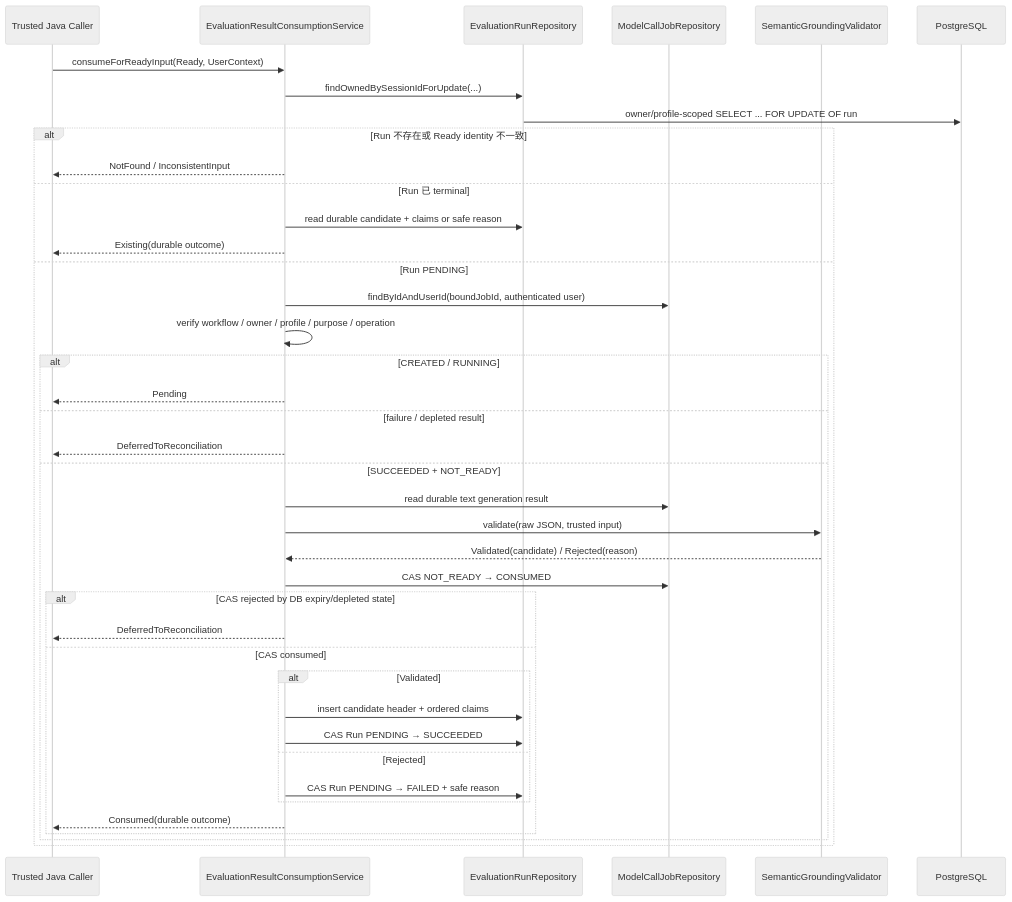
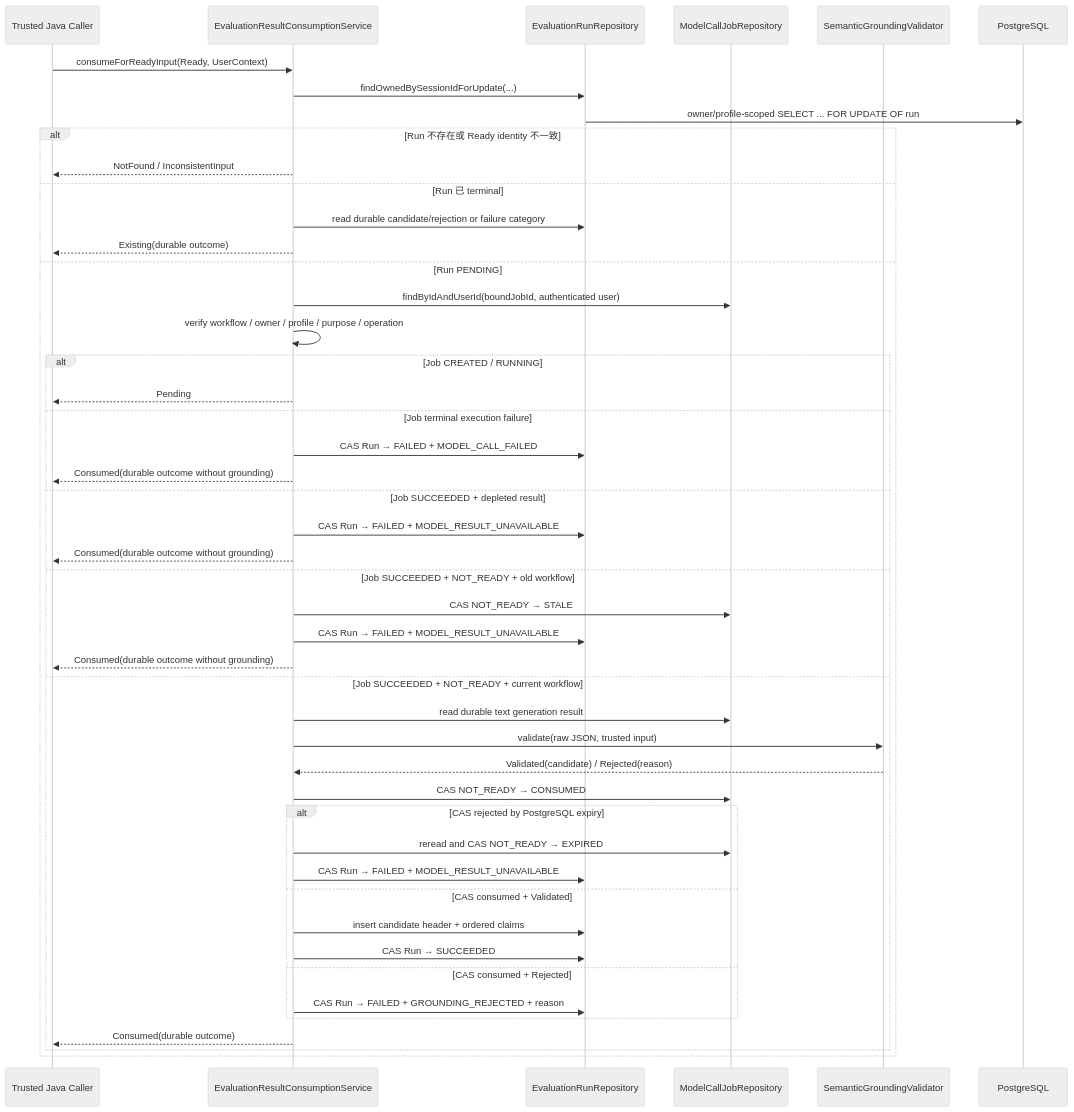
Before and after one commit to AnnnaSun/DailyLanguage: the diagram in docs/flow/evaluation-result-consumption.md, drawn with Mermaid (neutral theme). The commit also changed other lines of this file and 24 other files, not shown here.

````diff
--- a/docs/flow/evaluation-result-consumption.md
+++ b/docs/flow/evaluation-result-consumption.md
@@ -25,43 +29,50 @@
 ```mermaid
 sequenceDiagram
     participant Caller as Trusted Java Caller
     participant Service as EvaluationResultConsumptionService
     participant RunRepo as EvaluationRunRepository
     participant JobRepo as ModelCallJobRepository
     participant Validator as SemanticGroundingValidator
     participant DB as PostgreSQL
 
     Caller->>Service: consumeForReadyInput(Ready, UserContext)
     Service->>RunRepo: findOwnedBySessionIdForUpdate(...)
     RunRepo->>DB: owner/profile-scoped SELECT ... FOR UPDATE OF run
     alt Run 不存在或 Ready identity 不一致
         Service-->>Caller: NotFound / InconsistentInput
     else Run 已 terminal
-        Service->>RunRepo: read durable candidate + claims or safe reason
+        Service->>RunRepo: read durable candidate/rejection or failure category
         Service-->>Caller: Existing(durable outcome)
     else Run PENDING
         Service->>JobRepo: findByIdAndUserId(boundJobId, authenticated user)
         Service->>Service: verify workflow / owner / profile / purpose / operation
-        alt CREATED / RUNNING
+        alt Job CREATED / RUNNING
             Service-->>Caller: Pending
-        else failure / depleted result
-            Service-->>Caller: DeferredToReconciliation
-        else SUCCEEDED + NOT_READY
+        else Job terminal execution failure
+            Service->>RunRepo: CAS Run → FAILED + MODEL_CALL_FAILED
+            Service-->>Caller: Consumed(durable outcome without grounding)
+        else Job SUCCEEDED + depleted result
+            Service->>RunRepo: CAS Run → FAILED + MODEL_RESULT_UNAVAILABLE
+            Service-->>Caller: Consumed(durable outcome without grounding)
+        else Job SUCCEEDED + NOT_READY + old workflow
+            Service->>JobRepo: CAS NOT_READY → STALE
+            Service->>RunRepo: CAS Run → FAILED + MODEL_RESULT_UNAVAILABLE
+            Service-->>Caller: Consumed(durable outcome without grounding)
+        else Job SUCCEEDED + NOT_READY + current workflow
             Service->>JobRepo: read durable text generation result
             Service->>Validator: validate(raw JSON, trusted input)
             Validator-->>Service: Validated(candidate) / Rejected(reason)
             Service->>JobRepo: CAS NOT_READY → CONSUMED
-            alt CAS rejected by DB expiry/depleted state
-                Service-->>Caller: DeferredToReconciliation
-            else CAS consumed
-                alt Validated
-                    Service->>RunRepo: insert candidate header + ordered claims
-                    Service->>RunRepo: CAS Run PENDING → SUCCEEDED
-                else Rejected
-                    Service->>RunRepo: CAS Run PENDING → FAILED + safe reason
-                end
-                Service-->>Caller: Consumed(durable outcome)
+            alt CAS rejected by PostgreSQL expiry
+                Service->>JobRepo: reread and CAS NOT_READY → EXPIRED
+                Service->>RunRepo: CAS Run → FAILED + MODEL_RESULT_UNAVAILABLE
+            else CAS consumed + Validated
+                Service->>RunRepo: insert candidate header + ordered claims
+                Service->>RunRepo: CAS Run → SUCCEEDED
+            else CAS consumed + Rejected
+                Service->>RunRepo: CAS Run → FAILED + GROUNDING_REJECTED + reason
             end
+            Service-->>Caller: Consumed(durable outcome)
         end
     end
 ```
````
